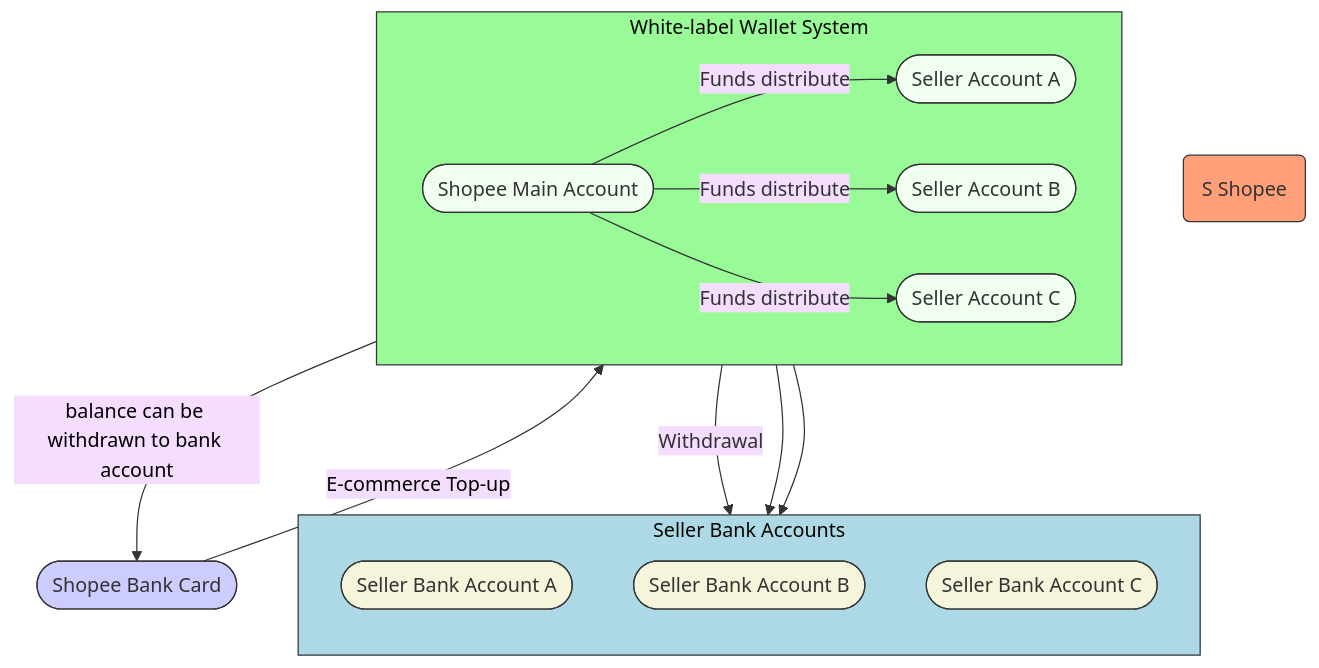
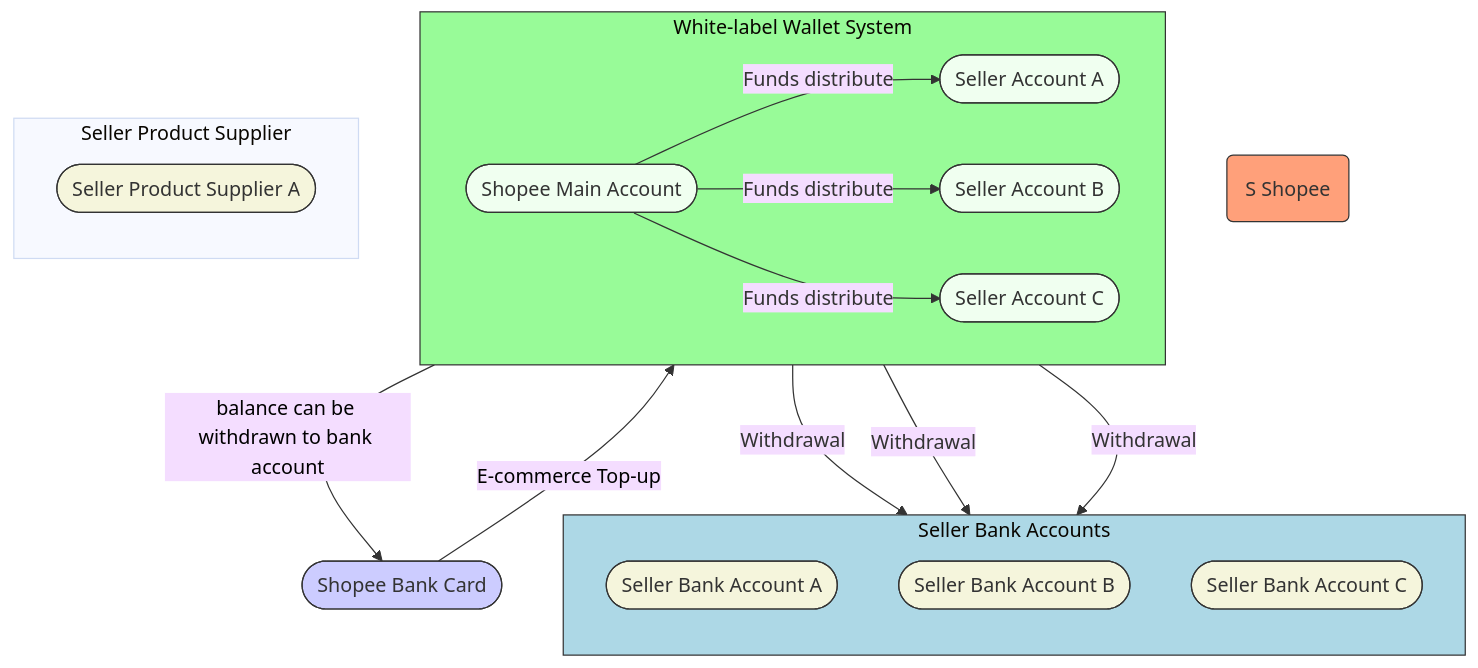
Before and after one commit to blaire101/data-warehouse-solutions: the second of 2 diagrams in README.md, drawn with Mermaid (base theme).

````diff
--- a/README.md
+++ b/README.md
@@ -86,51 +86,59 @@
 ```mermaid
 graph TD
     %% Left side entities - Shopee above Shopee Bank Card
     Shopee(S Shopee)
     style Shopee fill:#FFA07A,stroke:#333,stroke-width:2px %% Adjusted to comfortable orange-yellow
     ShopeeBankCard([Shopee Bank Card])
     style ShopeeBankCard fill:#ccf,stroke:#333,stroke-width:2px %% Keep light blue for the card
 
     %% Central green box - White-label Official Wallet
     subgraph SG_Wallet_T["White-label Wallet System"]
         direction LR %% Internal layout is more left-to-right
         style SG_Wallet_T fill:#98FB98,stroke:#333,stroke-width:2px %% Changed to light green
         SMA([Shopee Main Account])
         style SMA fill:#F0FFF0,stroke:#333,stroke-width:2px %% Keep very pale green
         SA_A([Seller Account A])
         style SA_A fill:#F0FFF0,stroke:#333,stroke-width:2px %% Keep very pale green
         SA_B([Seller Account B])
         style SA_B fill:#F0FFF0,stroke:#333,stroke-width:2px %% Keep very pale green
         SA_C([Seller Account C])
         style SA_C fill:#F0FFF0,stroke:#333,stroke-width:2px %% Keep very pale green
 
         SMA -- "Funds distribute" --> SA_A
         SMA -- "Funds distribute" --> SA_B
         SMA -- "Funds distribute" --> SA_C
         linkStyle 0,1,2 stroke:#333,stroke-width:1px
     end
 
     %% Right blue box - Seller Bank Accounts
     subgraph SG_SellerBanks["Seller Bank Accounts"]
         direction TB %% Internal layout is top-to-bottom
         style SG_SellerBanks fill:#ADD8E6,stroke:#333,stroke-width:2px %% Changed to light blue
         SBA_A([Seller Bank Account A])
         style SBA_A fill:#F5F5DC,stroke:#333,stroke-width:2px %% Keep beige
         SBA_B([Seller Bank Account B])
         style SBA_B fill:#F5F5DC,stroke:#333,stroke-width:2px %% Keep beige
         SBA_C([Seller Bank Account C])
         style SBA_C fill:#F5F5DC,stroke:#333,stroke-width:2px %% Keep beige
     end
 
+    %% Right blue box - Product Supplier
+    subgraph SZ_ProductSupplier["Seller Product Supplier"]
+        direction TB %% Internal layout is top-to-bottom
+        style SG_SellerBanks fill:#ADD8E6,stroke:#333,stroke-width:2px %% Changed to light blue
+        SPS_A([Seller Product Supplier A])
+        style SPS_A fill:#F5F5DC,stroke:#333,stroke-width:2px %% Keep beige
+    end
+
     %% Connections between main sections
     ShopeeBankCard --> |E-commerce Top-up| SMA
     linkStyle 3 stroke:#333,stroke-width:1px,color:#000
 
     SMA --> |balance can be withdrawn to bank account| ShopeeBankCard
     linkStyle 4 stroke:#333,stroke-width:1px,color:#000
 
     SA_A --> |Withdrawal| SBA_A
-    SA_B --> SBA_B
-    SA_C --> SBA_C
+    SA_B --> |Withdrawal| SBA_B
+    SA_C --> |Withdrawal| SBA_C
     linkStyle 5,6,7 stroke:#333,stroke-width:1px
 ```
````
